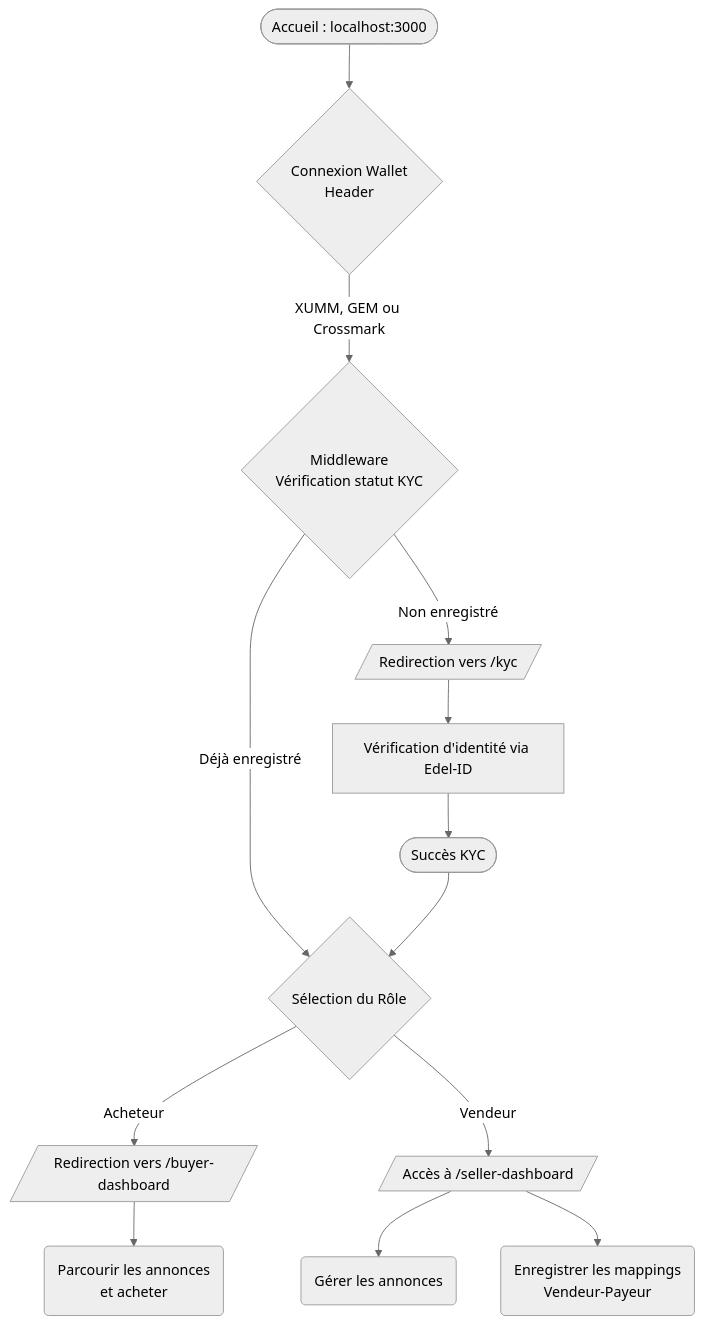
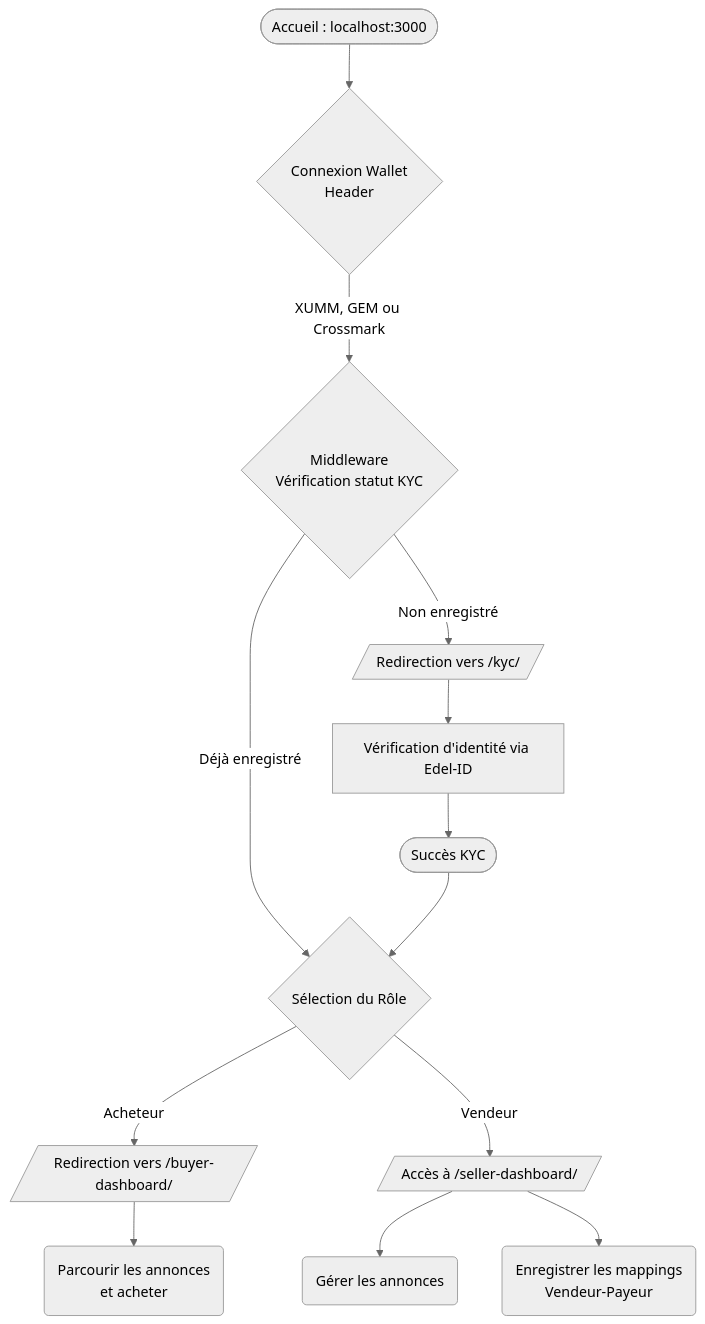
The diagram in content/portfolio/edelpay/index.md (FehlmannDy/myblog), drawn with Mermaid (neutral theme) before and after one commit.

```diff
--- a/content/portfolio/edelpay/index.md
+++ b/content/portfolio/edelpay/index.md
@@ -49,19 +49,15 @@
 {{< mermaid >}}
 flowchart TD
-    Start([Accueil : localhost:3000]) --> Connect{Connexion Wallet\nHeader}
-    Connect -->|XUMM, GEM ou Crossmark| Middleware{Middleware\nVérification statut KYC}
-    
-    Middleware -->|Non enregistré| KYC_Page[/Redirection vers /kyc/]
+    Start([Accueil : localhost:3000]) --> Connect{Connexion Wallet<br/>Header}
+    Connect -->|XUMM, GEM ou Crossmark| Middleware{Middleware<br/>Vérification statut KYC}
+    Middleware -->|Non enregistré| KYC_Page[/"Redirection vers /kyc/"/]
     KYC_Page --> EdelID[Vérification d'identité via Edel-ID]
     EdelID --> Success([Succès KYC])
-    
     Middleware -->|Déjà enregistré| RoleCheck{Sélection du Rôle}
     Success --> RoleCheck
-    
-    RoleCheck -->|Acheteur| BuyerDash[/Redirection vers /buyer-dashboard/]
-    RoleCheck -->|Vendeur| SellerDash[/Accès à /seller-dashboard/]
-    
-    BuyerDash --> B_Action(Parcourir les annonces\net acheter)
+    RoleCheck -->|Acheteur| BuyerDash[/"Redirection vers /buyer-dashboard/"/]
+    RoleCheck -->|Vendeur| SellerDash[/"Accès à /seller-dashboard/"/]
+    BuyerDash --> B_Action(Parcourir les annonces<br/>et acheter)
     SellerDash --> S_Action1(Gérer les annonces)
-    SellerDash --> S_Action2(Enregistrer les mappings\nVendeur-Payeur)
+    SellerDash --> S_Action2(Enregistrer les mappings<br/>Vendeur-Payeur)
 {{< /mermaid >}}
```
